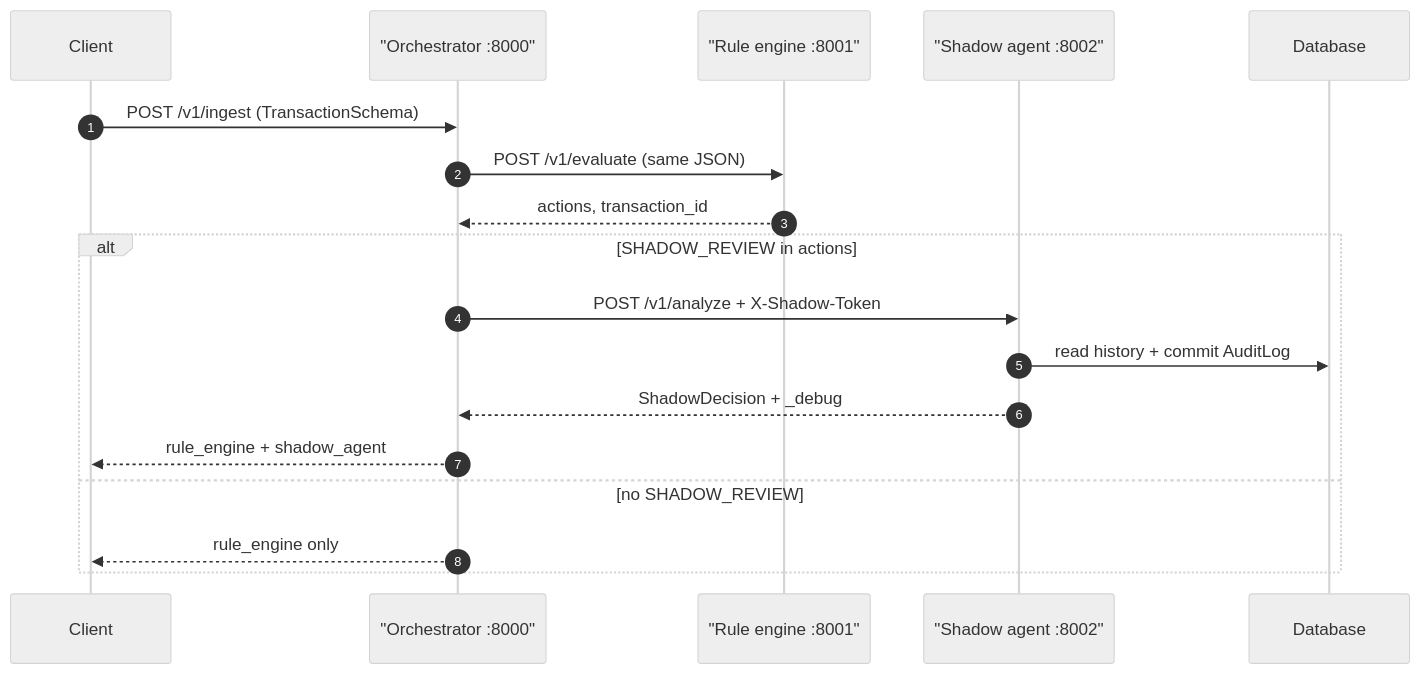
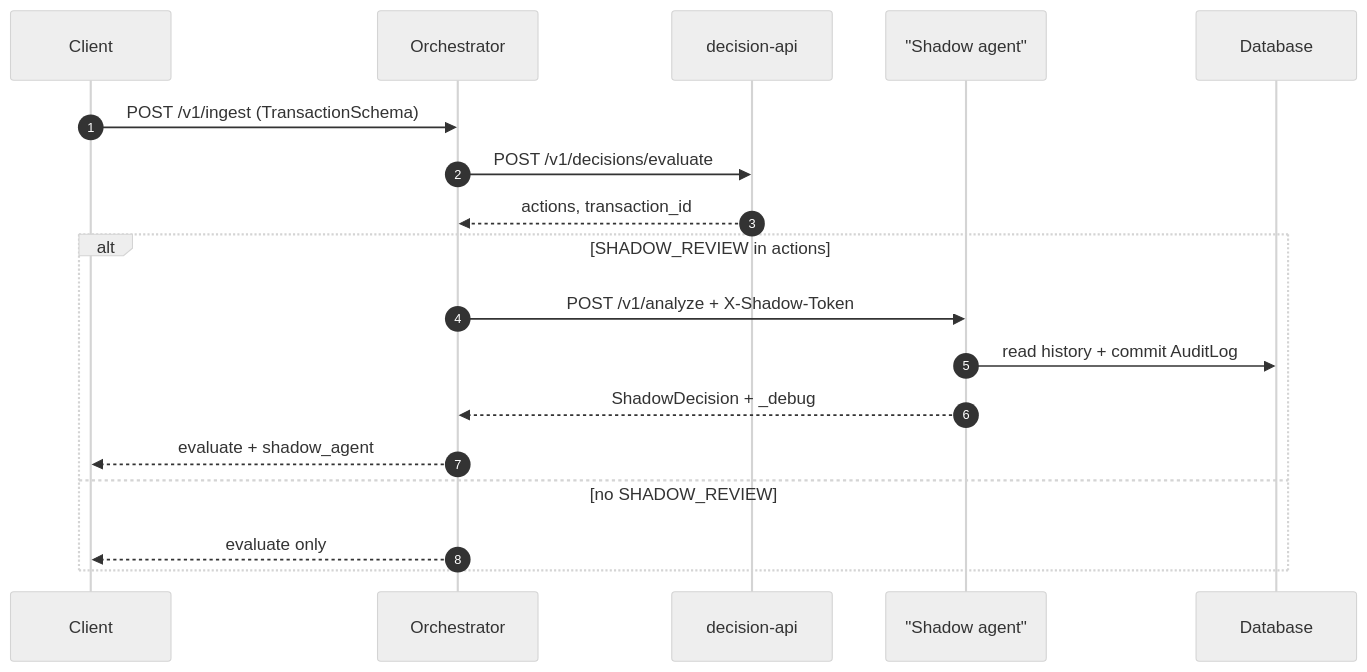
Before and after one commit to pamu512/tarka: the second of 2 diagrams in ARCHITECTURE.md, drawn with Mermaid (neutral theme). The commit also changed other lines of this file and 671 other files, not shown here.

First line of the commit message:
chore: repo cleanup phase 1 — dead UI, Helm forks, legacy decision-api (#252)

````diff
--- a/ARCHITECTURE.md
+++ b/ARCHITECTURE.md
@@ -56,22 +80,22 @@
 ```mermaid
 sequenceDiagram
   autonumber
   participant C as Client
-  participant O as "Orchestrator :8000"
-  participant R as "Rule engine :8001"
-  participant S as "Shadow agent :8002"
-  participant D as Database
+  participant O as Orchestrator
+  participant D as decision-api
+  participant S as "Shadow agent"
+  participant Db as Database
 
   C->>O: POST /v1/ingest (TransactionSchema)
-  O->>R: POST /v1/evaluate (same JSON)
-  R-->>O: actions, transaction_id
+  O->>D: POST /v1/decisions/evaluate
+  D-->>O: actions, transaction_id
 
   alt SHADOW_REVIEW in actions
     O->>S: POST /v1/analyze + X-Shadow-Token
-    S->>D: read history + commit AuditLog
+    S->>Db: read history + commit AuditLog
     S-->>O: ShadowDecision + _debug
-    O-->>C: rule_engine + shadow_agent
+    O-->>C: evaluate + shadow_agent
   else no SHADOW_REVIEW
-    O-->>C: rule_engine only
+    O-->>C: evaluate only
   end
 ```
````
